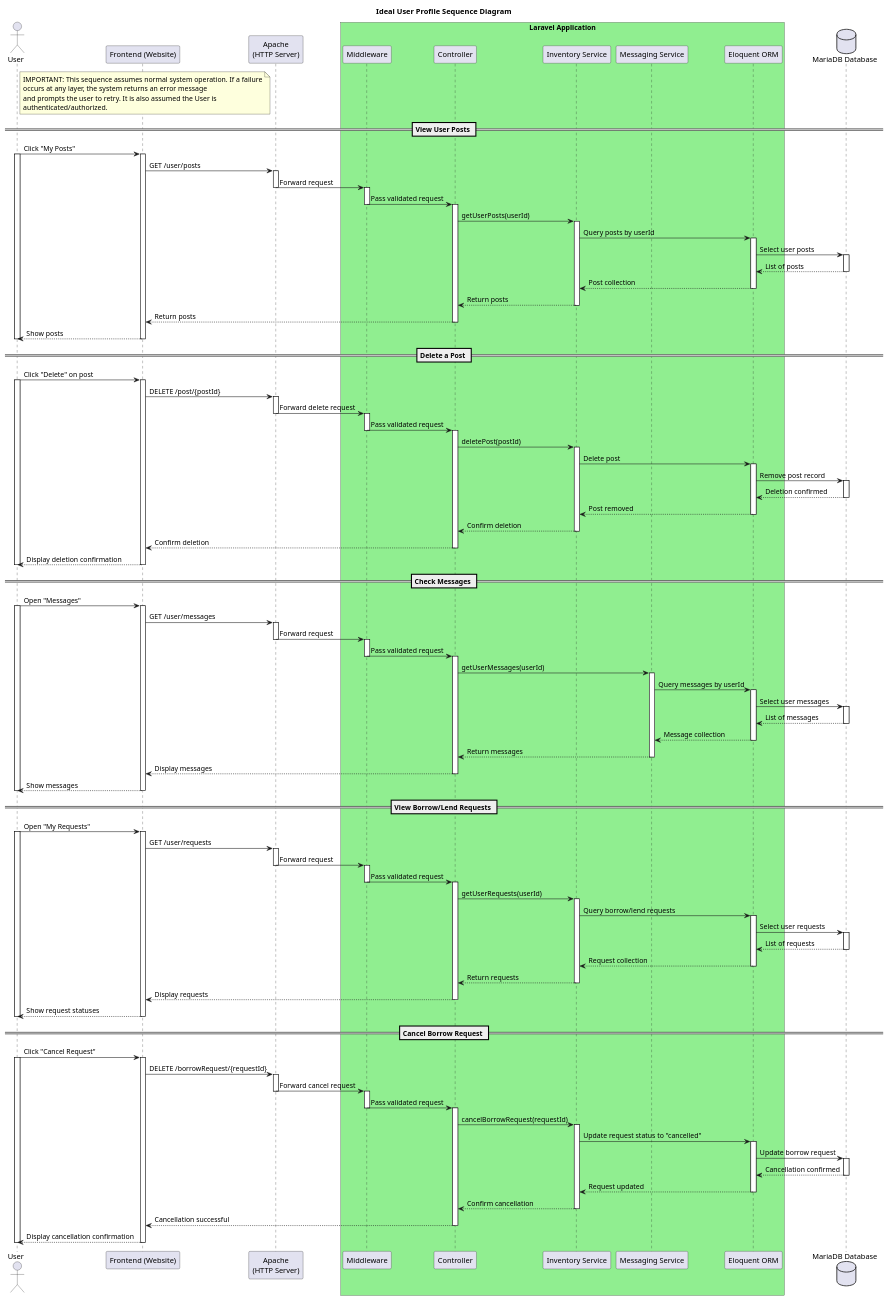
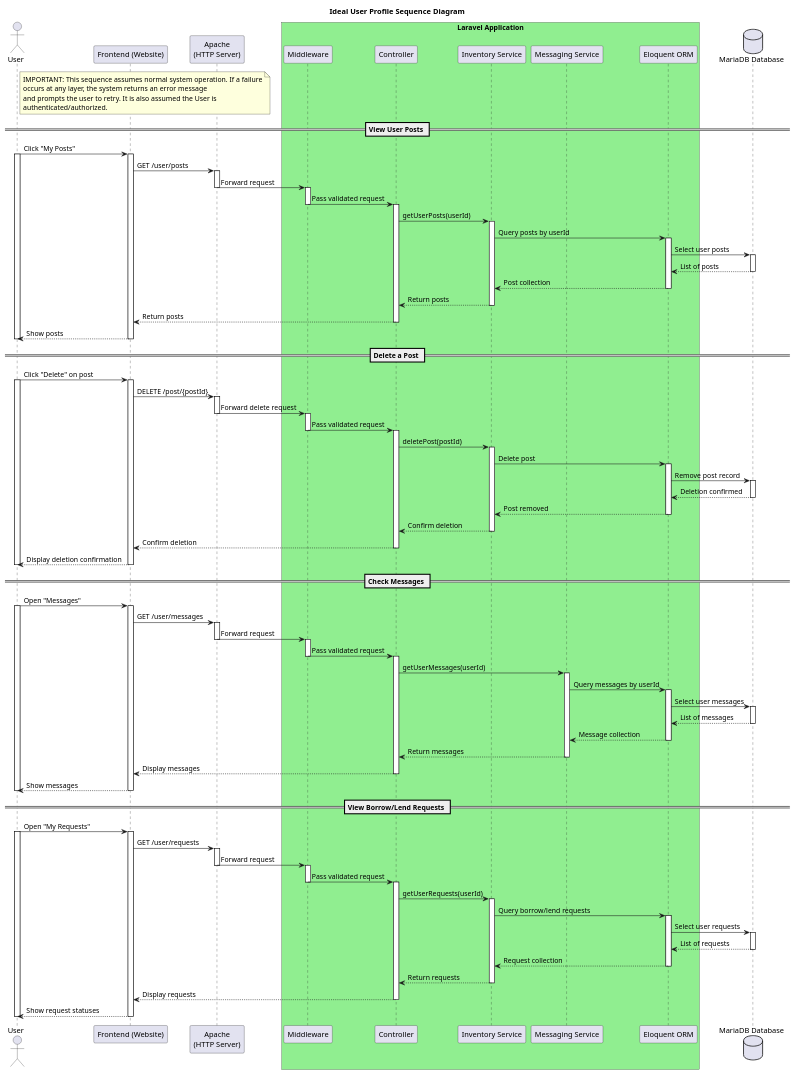
The diagram in sequenceDiagrams/User_Profile_Sequence_Diagram.puml (JanPerez35/PlantUML), drawn with PlantUML before and after one commit. The commit also changed 11 other files, not shown here.

Commit message:
Added Exceptions in Sequence Diagrams

```diff
--- a/sequenceDiagrams/User_Profile_Sequence_Diagram.puml
+++ b/sequenceDiagrams/User_Profile_Sequence_Diagram.puml
@@ -1,200 +1,164 @@
 @startuml
 
 title Ideal User Profile Sequence Diagram
 
 actor User
 
 participant "Frontend (Website)" as FE
 participant "Apache\n(HTTP Server)" as Apache
 
 box "Laravel Application" #LightGreen
   participant "Middleware" as MW
   participant "Controller" as C
   participant "Inventory Service" as Service
   participant "Messaging Service" as MessageService
   participant "Eloquent ORM" as ORM
 end box
 
 database "MariaDB Database" as DB
 
 note right of User
 IMPORTANT: This sequence assumes normal system operation. If a failure
 occurs at any layer, the system returns an error message
 and prompts the user to retry. It is also assumed the User is
 authenticated/authorized.
 end note
 
 == View User Posts ==
 User -> FE: Click "My Posts"
 activate User
 activate FE
 
 FE -> Apache: GET /user/posts
 activate Apache
 Apache -> MW: Forward request
 deactivate Apache
 
 activate MW
 MW -> C: Pass validated request
 deactivate MW
 
 activate C
 C -> Service: getUserPosts(userId)
 activate Service
 Service -> ORM: Query posts by userId
 activate ORM
 ORM -> DB: Select user posts
 activate DB
 DB --> ORM: List of posts
 deactivate DB
 ORM --> Service: Post collection
 deactivate ORM
 Service --> C: Return posts
 deactivate Service
 C --> FE: Return posts
 deactivate C
 
 FE --> User: Show posts
 deactivate FE
 deactivate User
 
 == Delete a Post ==
 User -> FE: Click "Delete" on post
 activate User
 activate FE
 
 FE -> Apache: DELETE /post/{postId}
 activate Apache
 Apache -> MW: Forward delete request
 deactivate Apache
 
 activate MW
 MW -> C: Pass validated request
 deactivate MW
 
 activate C
 C -> Service: deletePost(postId)
 activate Service
 Service -> ORM: Delete post
 activate ORM
 ORM -> DB: Remove post record
 activate DB
 DB --> ORM: Deletion confirmed
 deactivate DB
 ORM --> Service: Post removed
 deactivate ORM
 Service --> C: Confirm deletion
 deactivate Service
 C --> FE: Confirm deletion
 deactivate C
 
 FE --> User: Display deletion confirmation
 deactivate FE
 deactivate User
 
 == Check Messages ==
 User -> FE: Open "Messages"
 activate User
 activate FE
 
 FE -> Apache: GET /user/messages
 activate Apache
 Apache -> MW: Forward request
 deactivate Apache
 
 activate MW
 MW -> C: Pass validated request
 deactivate MW
 
 activate C
 C -> MessageService: getUserMessages(userId)
 activate MessageService
 MessageService -> ORM: Query messages by userId
 activate ORM
 ORM -> DB: Select user messages
 activate DB
 DB --> ORM: List of messages
 deactivate DB
 ORM --> MessageService: Message collection
 deactivate ORM
 MessageService --> C: Return messages
 deactivate MessageService
 C --> FE: Display messages
 deactivate C
 
 FE --> User: Show messages
 deactivate FE
 deactivate User
 
 == View Borrow/Lend Requests ==
 User -> FE: Open "My Requests"
 activate User
 activate FE
 
 FE -> Apache: GET /user/requests
 activate Apache
 Apache -> MW: Forward request
 deactivate Apache
 
 activate MW
 MW -> C: Pass validated request
 deactivate MW
 
 activate C
 C -> Service: getUserRequests(userId)
 activate Service
 Service -> ORM: Query borrow/lend requests
 activate ORM
 ORM -> DB: Select user requests
 activate DB
 DB --> ORM: List of requests
 deactivate DB
 ORM --> Service: Request collection
 deactivate ORM
 Service --> C: Return requests
 deactivate Service
 C --> FE: Display requests
 deactivate C
 
 FE --> User: Show request statuses
 deactivate FE
 deactivate User
 
-== Cancel Borrow Request ==
-User -> FE: Click "Cancel Request"
-activate User
-activate FE
-
-FE -> Apache: DELETE /borrowRequest/{requestId}
-activate Apache
-Apache -> MW: Forward cancel request
-deactivate Apache
-
-activate MW
-MW -> C: Pass validated request
-deactivate MW
-
-activate C
-C -> Service: cancelBorrowRequest(requestId)
-activate Service
-
-Service -> ORM: Update request status to "cancelled"
-activate ORM
-ORM -> DB: Update borrow request
-activate DB
-DB --> ORM: Cancellation confirmed
-deactivate DB
-
-ORM --> Service: Request updated
-deactivate ORM
-
-Service --> C: Confirm cancellation
-deactivate Service
-C --> FE: Cancellation successful
-deactivate C
-
-FE --> User: Display cancellation confirmation
-deactivate FE
-deactivate User
 
 @enduml
```
